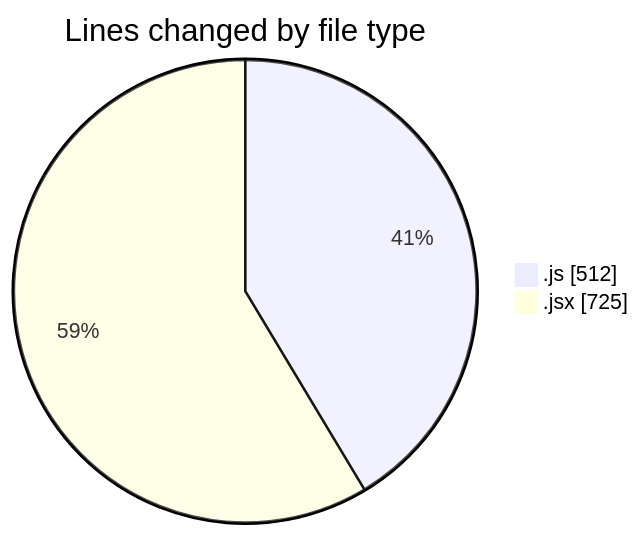
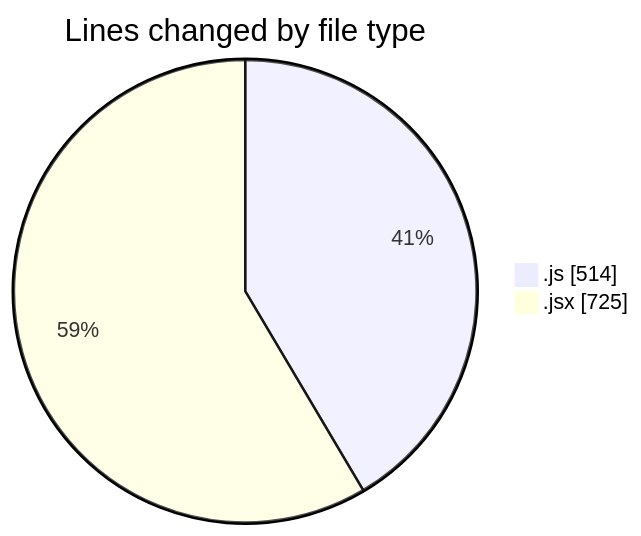
One commit to nxtqubesakshisongat/code-tracking changed the first of 2 diagrams in 2025-05-29/nxtqube_webapp/README.md. Above: the diagram before and after it, drawn with Mermaid. The commit also changed other lines of this file and 1 other file, not shown here.

````diff
--- a/2025-05-29/nxtqube_webapp/README.md
+++ b/2025-05-29/nxtqube_webapp/README.md
@@ -30,6 +30,6 @@
 ```mermaid
 pie showData
 title Lines changed by file type
-".js" : 512
+".js" : 514
 ".jsx" : 725
 ```
````
